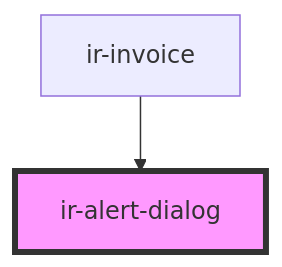
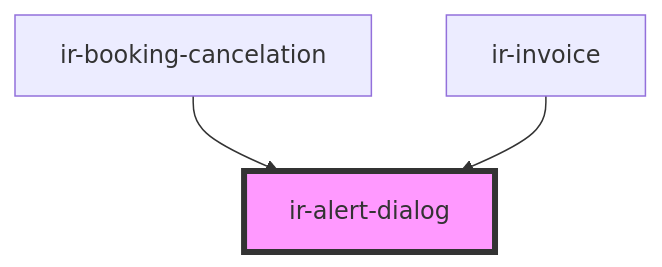
The diagram in src/components/ui/ir-alert-dialog/readme.md (RonyRizk/ir-be), drawn with Mermaid before and after one commit. The commit also changed other lines of this file and 89 other files, not shown here.

````diff
--- a/src/components/ui/ir-alert-dialog/readme.md
+++ b/src/components/ui/ir-alert-dialog/readme.md
@@ -38,5 +39,6 @@
 ```mermaid
 graph TD;
+  ir-booking-cancelation --> ir-alert-dialog
   ir-invoice --> ir-alert-dialog
   style ir-alert-dialog fill:#f9f,stroke:#333,stroke-width:4px
 ```
````
